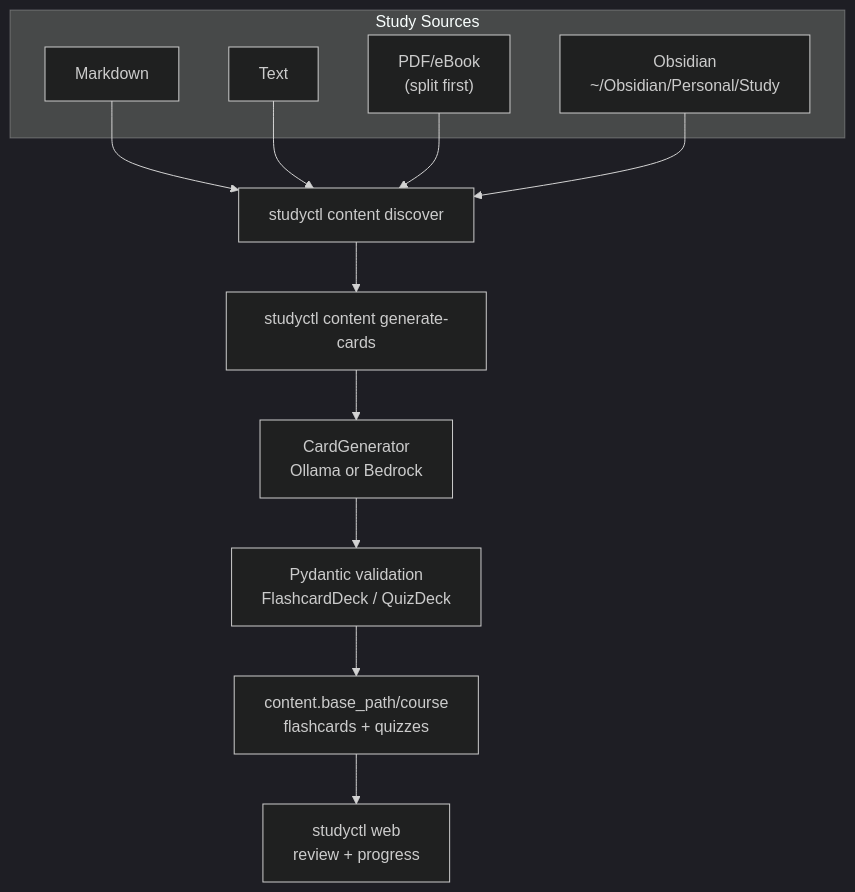
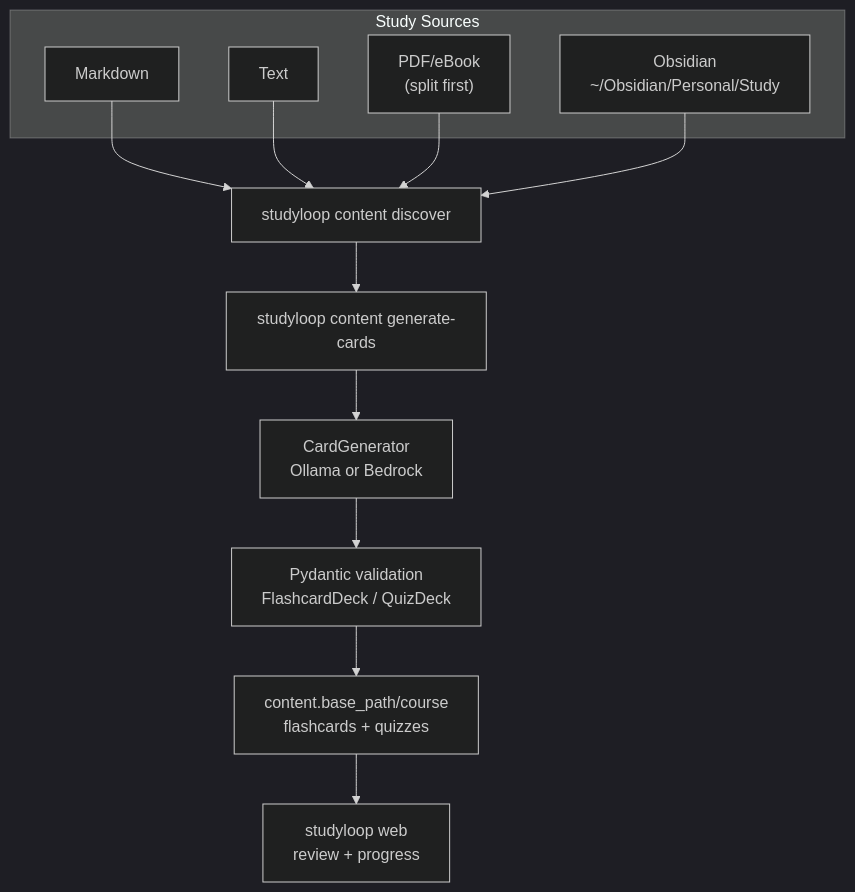
Before and after one commit to NetDevAutomate/StudyLoop: the first of 2 diagrams in docs/content-pipeline.md, drawn with Mermaid (dark theme). The commit also changed other lines of this file and 90 other files, not shown here.

````diff
--- a/docs/content-pipeline.md
+++ b/docs/content-pipeline.md
@@ -16,26 +16,26 @@
 ```mermaid
 flowchart TB
     subgraph Sources["Study Sources"]
         MD["Markdown"]
         TXT["Text"]
         PDF["PDF/eBook<br/>(split first)"]
         OBS["Obsidian<br/>~/Obsidian/Personal/Study"]
     end
 
-    Discover["studyctl content discover"]
-    Generate["studyctl content generate-cards"]
+    Discover["studyloop content discover"]
+    Generate["studyloop content generate-cards"]
     Backend["CardGenerator<br/>Ollama or Bedrock"]
     Validate["Pydantic validation<br/>FlashcardDeck / QuizDeck"]
     Artefacts["content.base_path/course<br/>flashcards + quizzes"]
-    Web["studyctl web<br/>review + progress"]
+    Web["studyloop web<br/>review + progress"]
 
     MD --> Discover
     TXT --> Discover
     PDF --> Discover
     OBS --> Discover
     Discover --> Generate
     Generate --> Backend
     Backend --> Validate
     Validate --> Artefacts
     Artefacts --> Web
 ```
````
